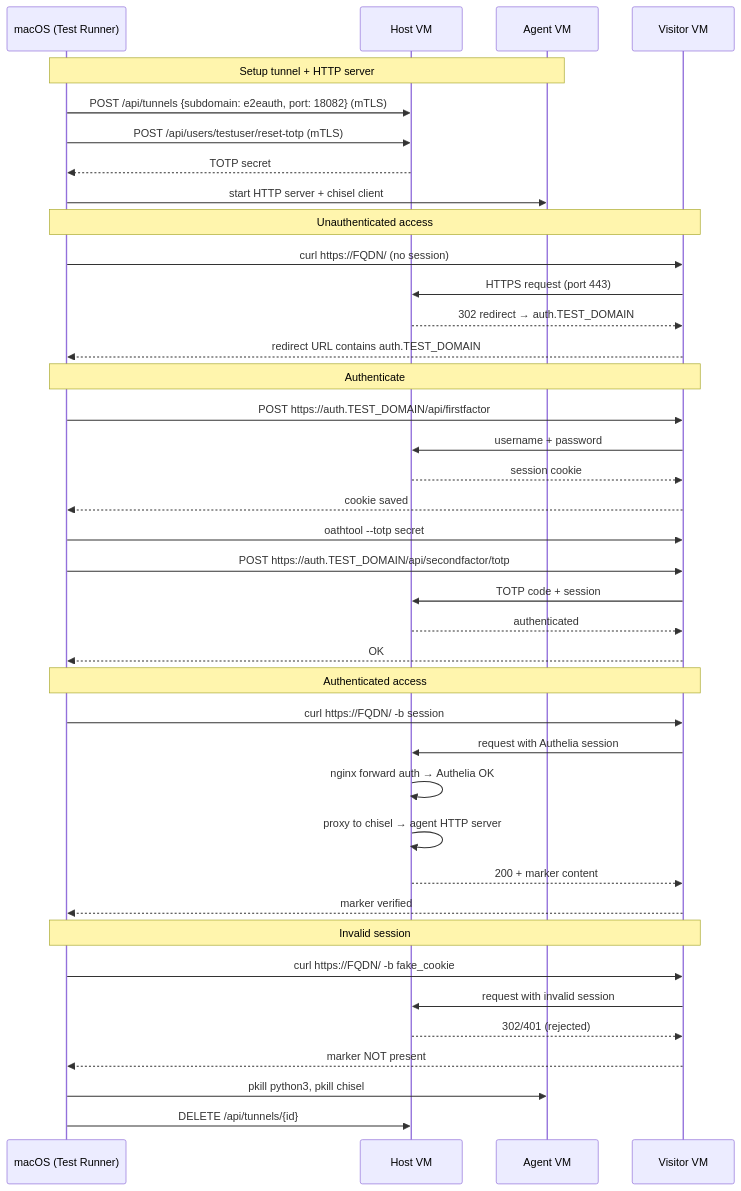
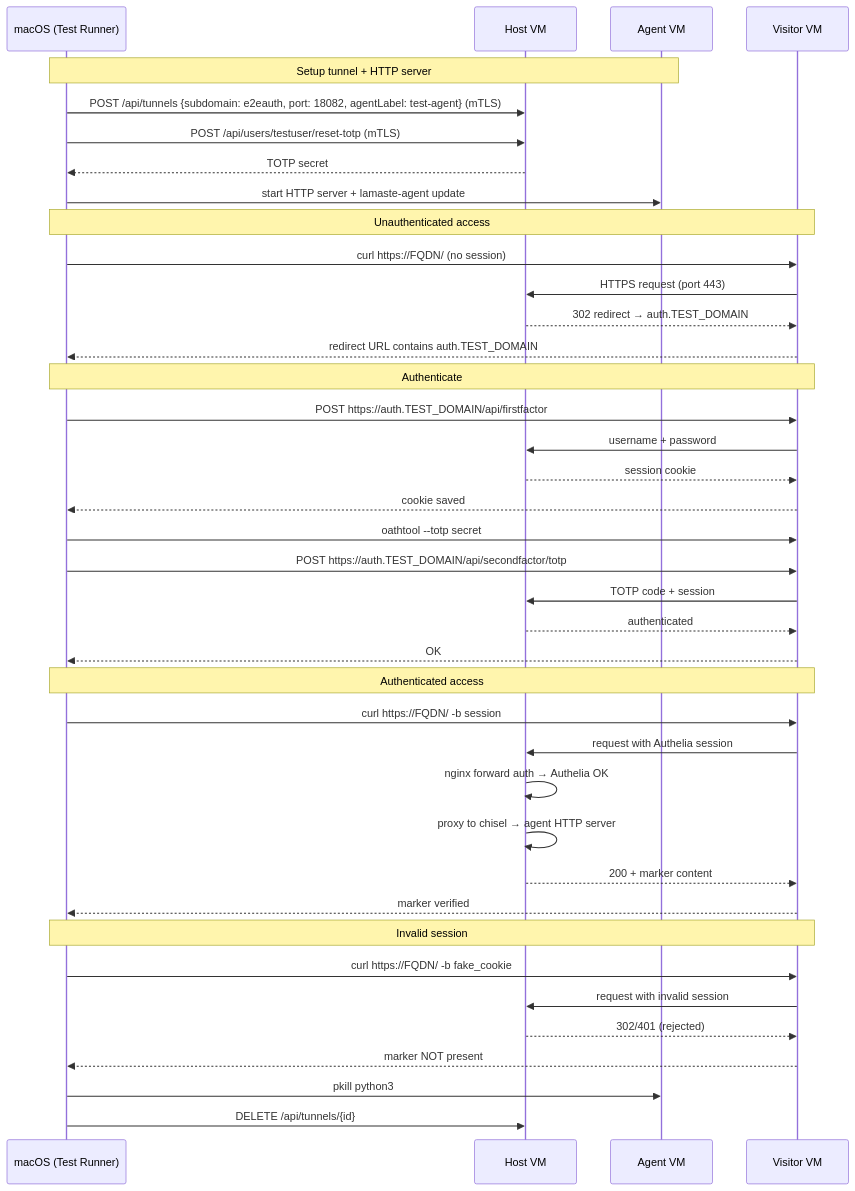
The fifth of 9 diagrams in packages/core/docs/03-architecture/e2e-three-vm-sequences.md (lamalibre/lamaste), drawn with Mermaid before and after one commit. The commit also changed other lines of this file and 41 other files, not shown here.

````diff
--- a/packages/core/docs/03-architecture/e2e-three-vm-sequences.md
+++ b/packages/core/docs/03-architecture/e2e-three-vm-sequences.md
@@ -180,48 +206,48 @@
 ```mermaid
 sequenceDiagram
     participant Mac as macOS (Test Runner)
     participant H as Host VM
     participant A as Agent VM
     participant V as Visitor VM
 
     note over Mac,A: Setup tunnel + HTTP server
-    Mac->>H: POST /api/tunnels {subdomain: e2eauth, port: 18082} (mTLS)
+    Mac->>H: POST /api/tunnels {subdomain: e2eauth, port: 18082, agentLabel: test-agent} (mTLS)
     Mac->>H: POST /api/users/testuser/reset-totp (mTLS)
     H-->>Mac: TOTP secret
-    Mac->>A: start HTTP server + chisel client
+    Mac->>A: start HTTP server + lamaste-agent update
 
     note over Mac,V: Unauthenticated access
     Mac->>V: curl https://FQDN/ (no session)
     V->>H: HTTPS request (port 443)
     H-->>V: 302 redirect → auth.TEST_DOMAIN
     V-->>Mac: redirect URL contains auth.TEST_DOMAIN
 
     note over Mac,V: Authenticate
     Mac->>V: POST https://auth.TEST_DOMAIN/api/firstfactor
     V->>H: username + password
     H-->>V: session cookie
     V-->>Mac: cookie saved
 
     Mac->>V: oathtool --totp secret
     Mac->>V: POST https://auth.TEST_DOMAIN/api/secondfactor/totp
     V->>H: TOTP code + session
     H-->>V: authenticated
     V-->>Mac: OK
 
     note over Mac,V: Authenticated access
     Mac->>V: curl https://FQDN/ -b session
     V->>H: request with Authelia session
     H->>H: nginx forward auth → Authelia OK
     H->>H: proxy to chisel → agent HTTP server
     H-->>V: 200 + marker content
     V-->>Mac: marker verified
 
     note over Mac,V: Invalid session
     Mac->>V: curl https://FQDN/ -b fake_cookie
     V->>H: request with invalid session
     H-->>V: 302/401 (rejected)
     V-->>Mac: marker NOT present
 
-    Mac->>A: pkill python3, pkill chisel
+    Mac->>A: pkill python3
     Mac->>H: DELETE /api/tunnels/{id}
 ```
````
